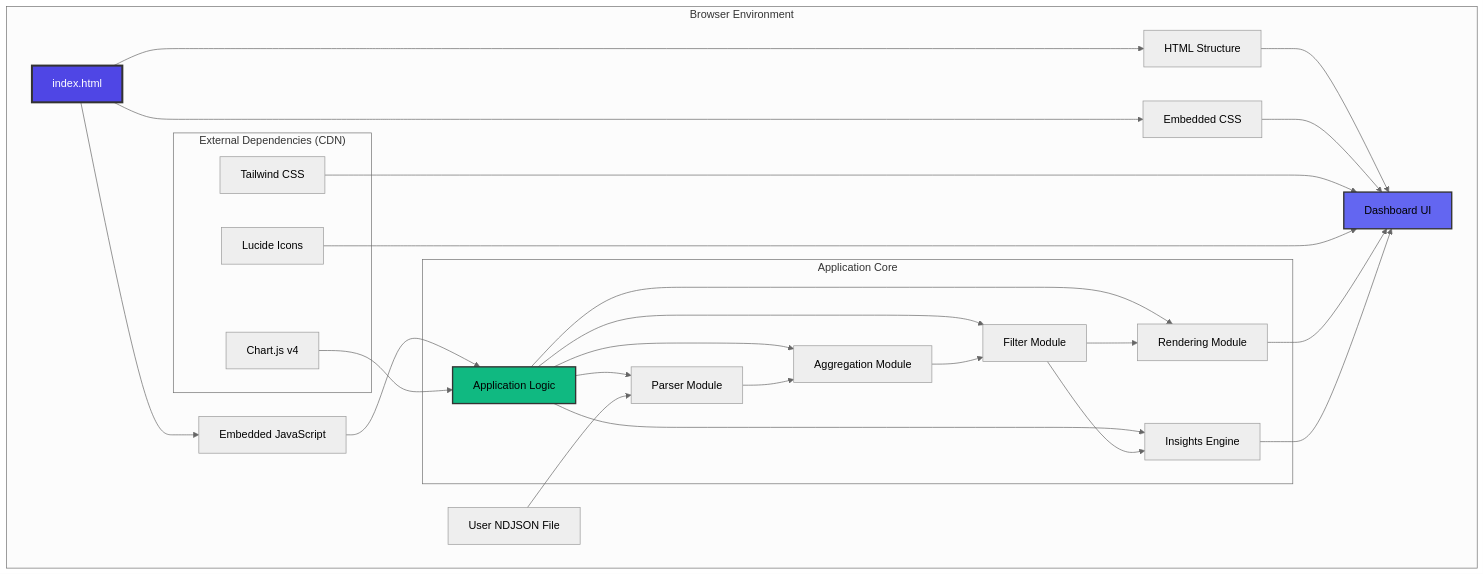
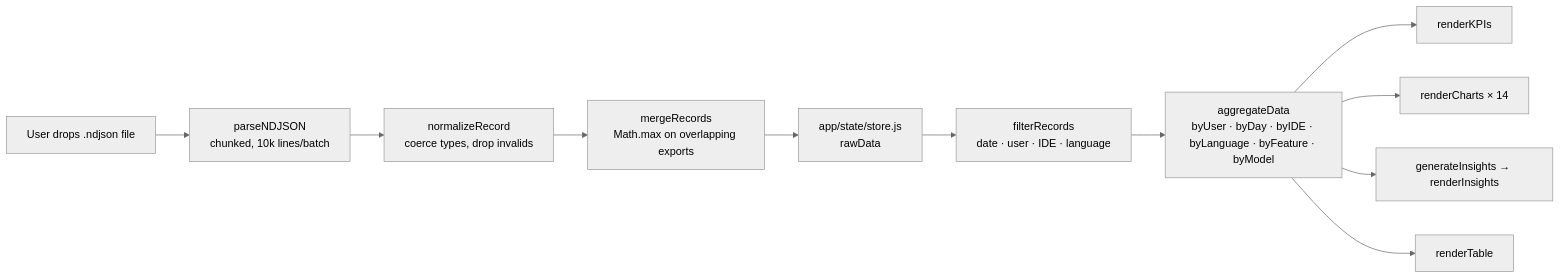
One commit to kinncj/GitHub-Copilot-Enterprise-Dashboard changed the second of 4 diagrams in docs/architecture.md. Above: the diagram before and after it, drawn with Mermaid (neutral theme). The commit also changed other lines of this file and 13 other files, not shown here.

````diff
--- a/docs/architecture.md
+++ b/docs/architecture.md
@@ -18,41 +49,15 @@
 ```mermaid
-graph TB
-    subgraph "Browser Environment"
-        A[index.html] --> B[HTML Structure]
-        A --> C[Embedded CSS]
-        A --> D[Embedded JavaScript]
+flowchart LR
+    A[User drops .ndjson file] --> B[parseNDJSON\nchunked, 10k lines/batch]
+    B --> C[normalizeRecord\ncoerce types, drop invalids]
+    C --> D[mergeRecords\nMath.max on overlapping exports]
+    D --> E[app/state/store.js\nrawData]
 
-        subgraph "External Dependencies (CDN)"
-            E[Tailwind CSS]
-            F[Chart.js v4]
-            G[Lucide Icons]
-        end
+    E --> F[filterRecords\ndate · user · IDE · language]
+    F --> G[aggregateData\nbyUser · byDay · byIDE · byLanguage · byFeature · byModel]
 
-        B --> H[Dashboard UI]
-        C --> H
-        D --> I[Application Logic]
-        E --> H
-        F --> I
-        G --> H
-
-        subgraph "Application Core"
-            I --> J[Parser Module]
-            I --> K[Aggregation Module]
-            I --> L[Filter Module]
-            I --> M[Rendering Module]
-            I --> N[Insights Engine]
-        end
-
-        O[User NDJSON File] --> J
-        J --> K
-        K --> L
-        L --> M
-        L --> N
-        M --> H
-        N --> H
-    end
-
-    style A fill:#4f46e5,stroke:#333,stroke-width:3px,color:#fff
-    style I fill:#10b981,stroke:#333,stroke-width:2px
-    style H fill:#6366f1,stroke:#333,stroke-width:2px
+    G --> H1[renderKPIs]
+    G --> H2[renderCharts × 14]
+    G --> H3[generateInsights → renderInsights]
+    G --> H4[renderTable]
 ```
````
